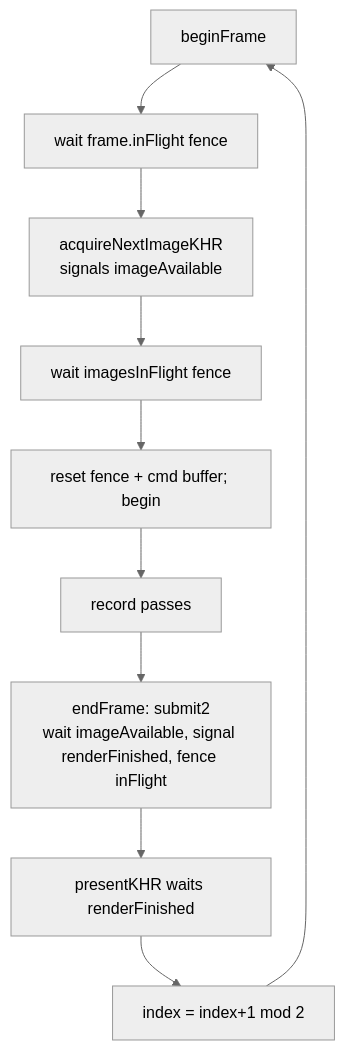
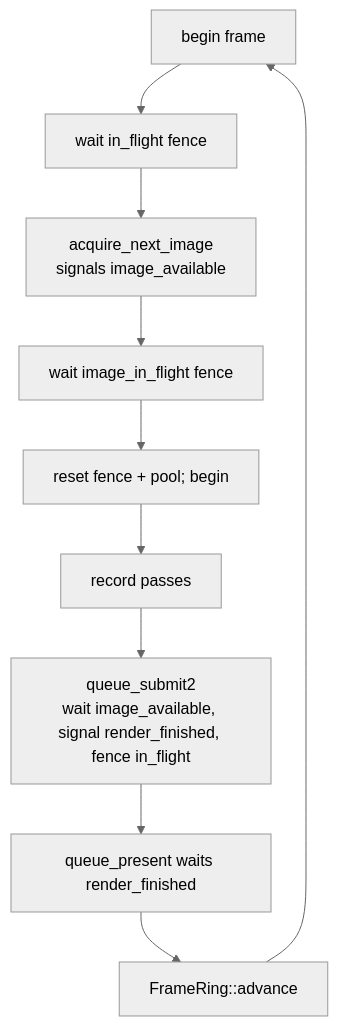
Before and after one commit to saffronjam/saffron-anima: the diagram in docs/content/explanations/vulkan-foundation/frame-sync-and-resize.md, drawn with Mermaid (neutral theme). The commit also changed other lines of this file and 7 other files, not shown here.

````diff
--- a/docs/content/explanations/vulkan-foundation/frame-sync-and-resize.md
+++ b/docs/content/explanations/vulkan-foundation/frame-sync-and-resize.md
@@ -43,12 +63,12 @@
 ```mermaid
 flowchart TD
-    A[beginFrame] --> B[wait frame.inFlight fence]
-    B --> C[acquireNextImageKHR<br/>signals imageAvailable]
-    C --> D[wait imagesInFlight fence]
-    D --> E[reset fence + cmd buffer; begin]
+    A[begin frame] --> B[wait in_flight fence]
+    B --> C[acquire_next_image<br/>signals image_available]
+    C --> D[wait image_in_flight fence]
+    D --> E[reset fence + pool; begin]
     E --> F[record passes]
-    F --> G[endFrame: submit2<br/>wait imageAvailable, signal renderFinished, fence inFlight]
-    G --> H[presentKHR waits renderFinished]
-    H --> I[index = index+1 mod 2]
+    F --> G[queue_submit2<br/>wait image_available, signal render_finished, fence in_flight]
+    G --> H[queue_present waits render_finished]
+    H --> I[FrameRing::advance]
     I --> A
 ```
````
